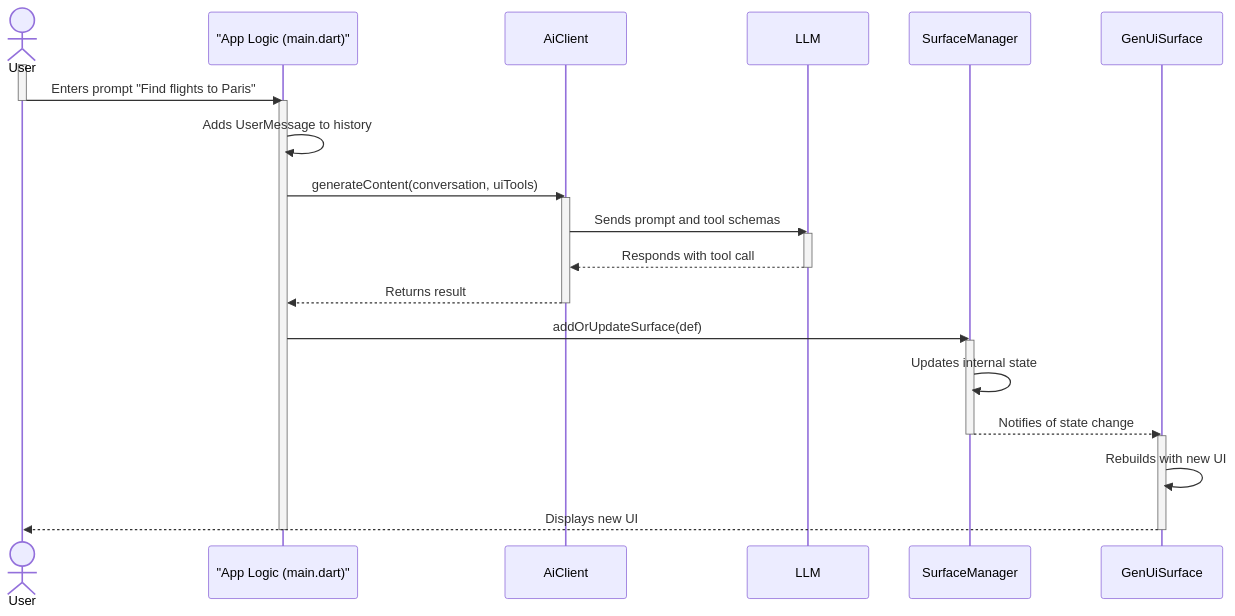
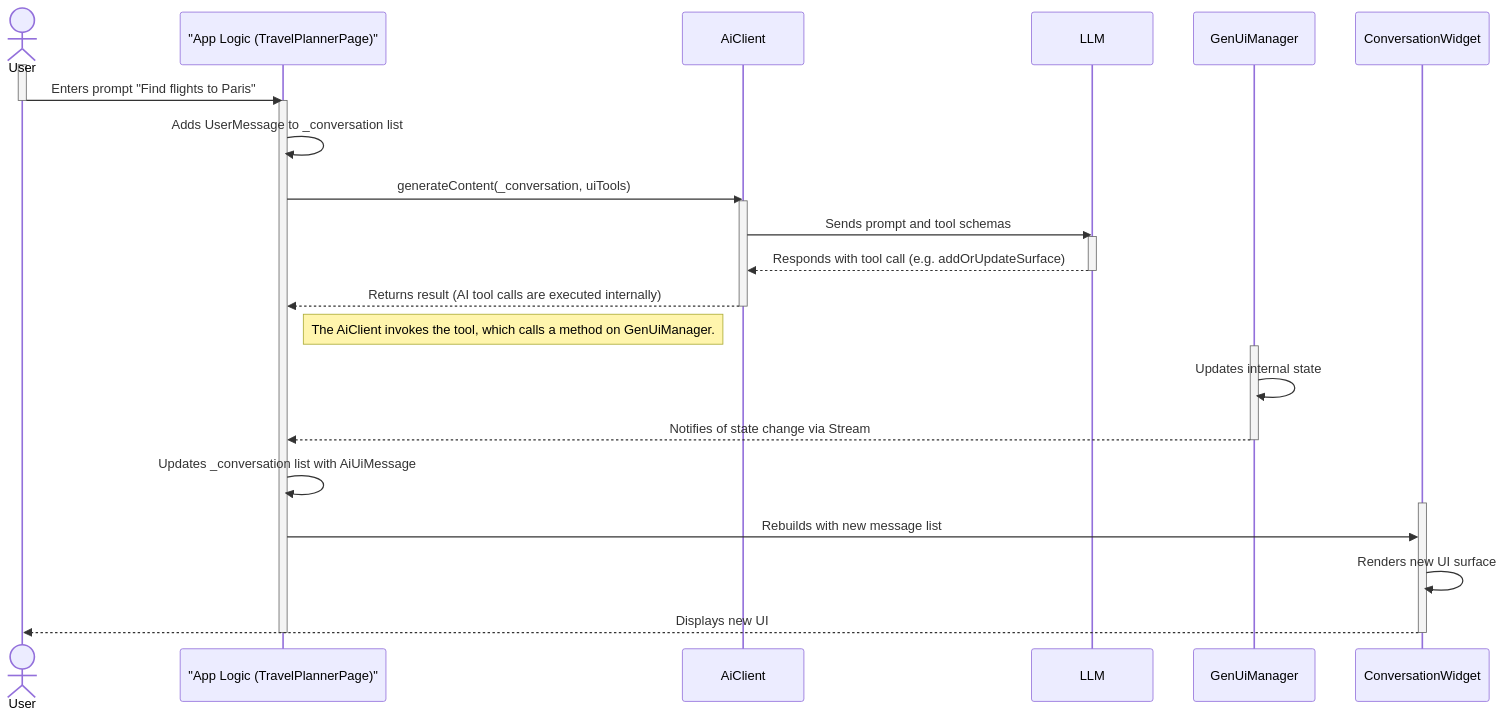
Before and after one commit to sethladd/genui: the second of 3 diagrams in examples/travel_app/IMPLEMENTATION.md, drawn with Mermaid. The commit also changed other lines of this file and 10 other files, not shown here.

````diff
--- a/examples/travel_app/IMPLEMENTATION.md
+++ b/examples/travel_app/IMPLEMENTATION.md
@@ -100,36 +99,40 @@
 ```mermaid
 sequenceDiagram
     actor User
-    participant AppLogic as "App Logic (main.dart)"
+    participant AppLogic as "App Logic (TravelPlannerPage)"
     participant AiClient
     participant LLM
-    participant SurfaceManager
-    participant GenUiSurface
+    participant GenUiManager
+    participant ConversationWidget
 
     activate User
     User->>AppLogic: Enters prompt "Find flights to Paris"
     deactivate User
 
     activate AppLogic
-    AppLogic->>AppLogic: Adds UserMessage to history
-    AppLogic->>AiClient: generateContent(conversation, uiTools)
+    AppLogic->>AppLogic: Adds UserMessage to _conversation list
+    AppLogic->>AiClient: generateContent(_conversation, uiTools)
     activate AiClient
     AiClient->>LLM: Sends prompt and tool schemas
     activate LLM
-    LLM-->>AiClient: Responds with tool call
+    LLM-->>AiClient: Responds with tool call (e.g. addOrUpdateSurface)
     deactivate LLM
-    AiClient-->>AppLogic: Returns result
+    AiClient-->>AppLogic: Returns result (AI tool calls are executed internally)
     deactivate AiClient
 
-    AppLogic->>SurfaceManager: addOrUpdateSurface(def)
-    activate SurfaceManager
-    SurfaceManager->>SurfaceManager: Updates internal state
-    SurfaceManager-->>GenUiSurface: Notifies of state change
-    deactivate SurfaceManager
+    note right of AppLogic: The AiClient invokes the tool, which calls a method on GenUiManager.
+    
+    activate GenUiManager
+    GenUiManager->>GenUiManager: Updates internal state
+    GenUiManager-->>AppLogic: Notifies of state change via Stream
+    deactivate GenUiManager
 
-    activate GenUiSurface
-    GenUiSurface->>GenUiSurface: Rebuilds with new UI
-    GenUiSurface-->>User: Displays new UI
-    deactivate GenUiSurface
+    AppLogic->>AppLogic: Updates _conversation list with AiUiMessage
+    
+    activate ConversationWidget
+    AppLogic->>ConversationWidget: Rebuilds with new message list
+    ConversationWidget->>ConversationWidget: Renders new UI surface
+    ConversationWidget-->>User: Displays new UI
+    deactivate ConversationWidget
     deactivate AppLogic
 ```
````
